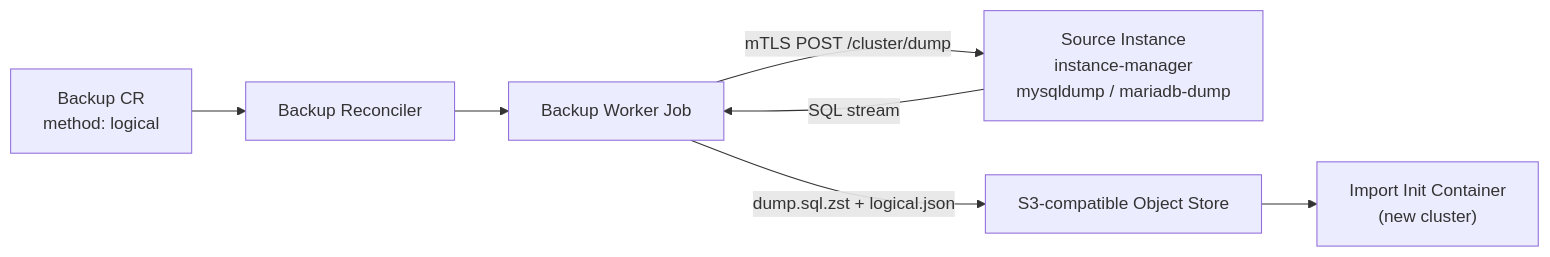
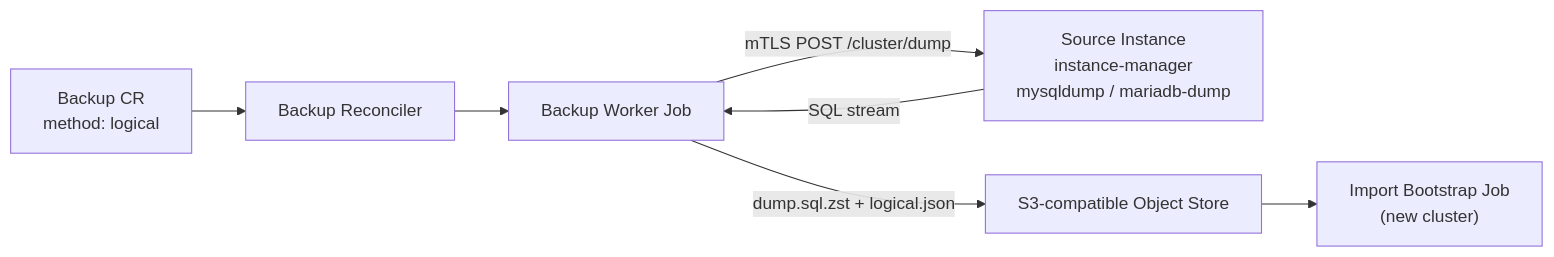
The diagram in docs/src/logical-backups.md (cnmsql/cnmsql), drawn with Mermaid before and after one commit. The commit also changed other lines of this file and 41 other files, not shown here.

````diff
--- a/docs/src/logical-backups.md
+++ b/docs/src/logical-backups.md
@@ -34,16 +34,16 @@
 ```mermaid
 flowchart LR
     BackupCR["Backup CR\nmethod: logical"]
     Operator["Backup Reconciler"]
     Job["Backup Worker Job"]
     Source["Source Instance\ninstance-manager\nmysqldump / mariadb-dump"]
     Store["S3-compatible Object Store"]
-    Import["Import Init Container\n(new cluster)"]
+    Import["Import Bootstrap Job\n(new cluster)"]
 
     BackupCR --> Operator
     Operator --> Job
     Job -->|"mTLS POST /cluster/dump"| Source
     Source -->|"SQL stream"| Job
     Job -->|"dump.sql.zst + logical.json"| Store
     Store --> Import
 ```
````
